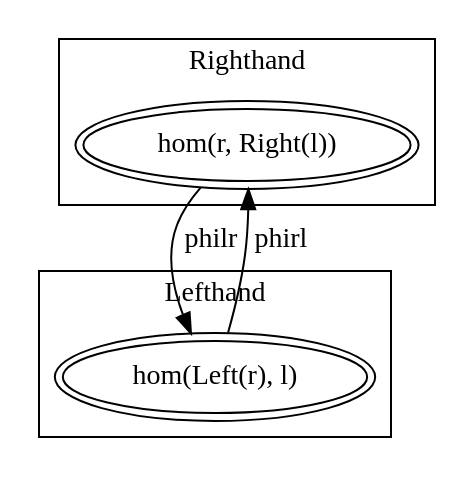
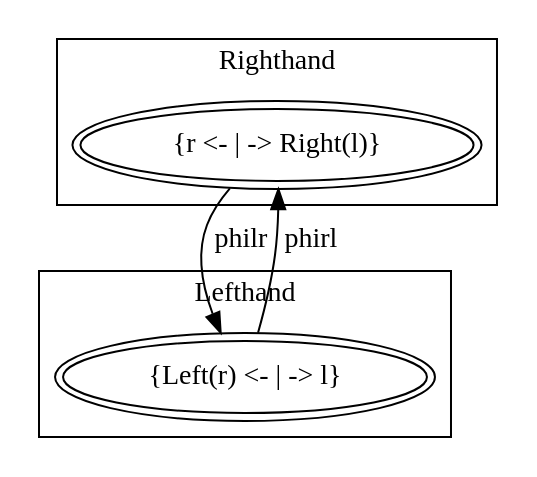
One commit to frankymacster/category-theory-graphviz changed the third of 5 diagrams in adjoint-functors.md. Above: the diagram before and after it, drawn with Graphviz.

Commit message:
adjoint-functors: rewrite hom to {<- | ->}

````diff
--- a/adjoint-functors.md
+++ b/adjoint-functors.md
@@ -37,20 +37,20 @@
 ```graphviz
 digraph G {
   subgraph clusterD {
     label="Righthand"
     node [peripheries=2]
 
-    "hom(r, Right(l))"
+    "{r <- | -> Right(l)}"
   }
 
   subgraph clusterC {
     label="Lefthand"
     node [peripheries=2]
 
-    "hom(Left(r), l)"
+    "{Left(r) <- | -> l}"
   }
 
-  "hom(r, Right(l))" -> "hom(Left(r), l)" [label="philr"]
-  "hom(Left(r), l)" -> "hom(r, Right(l))" [label="phirl"]
+  "{r <- | -> Right(l)}" -> "{Left(r) <- | -> l}" [label="philr"]
+  "{Left(r) <- | -> l}" -> "{r <- | -> Right(l)}" [label="phirl"]
 }
 ```
````
